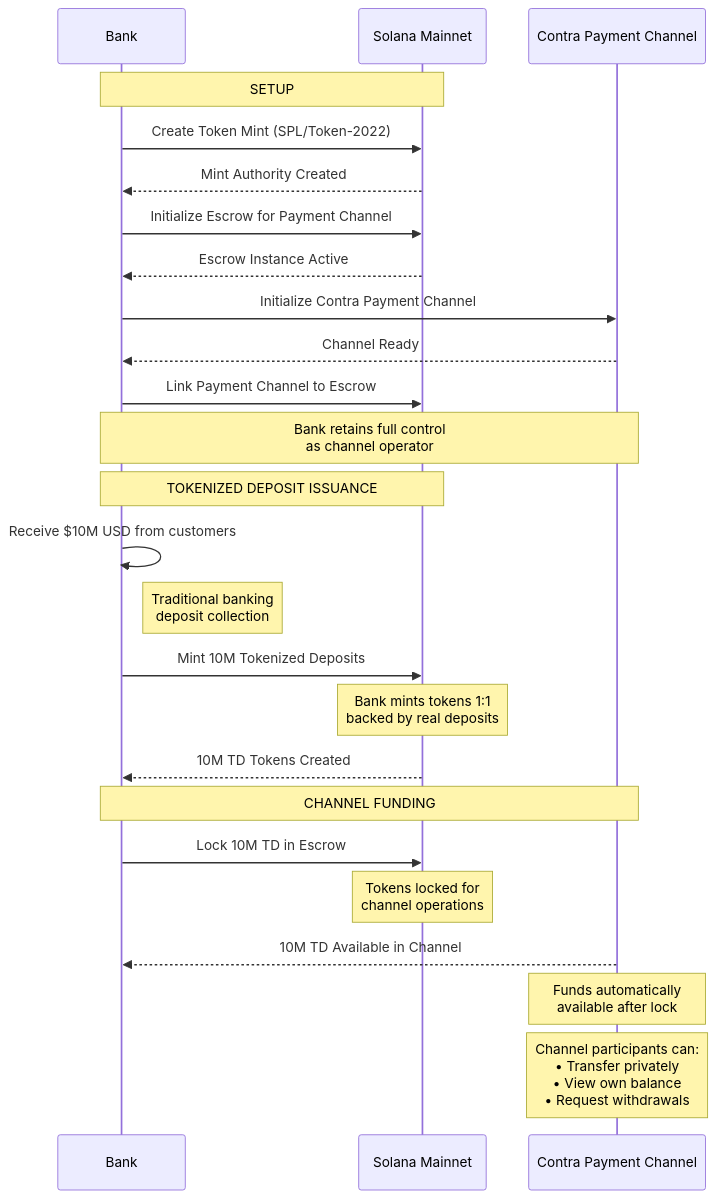
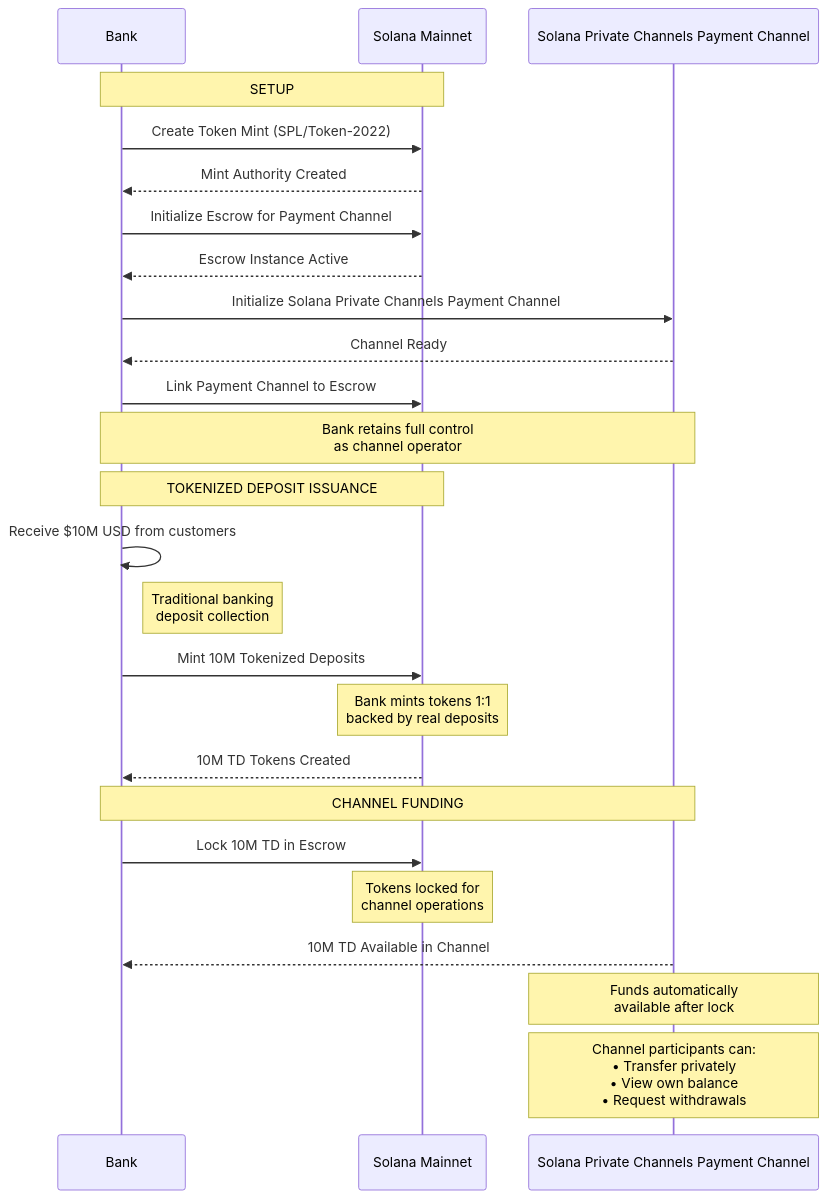
One commit to solana-foundation/contra changed the first of 3 diagrams in README.md. Above: the diagram before and after it, drawn with Mermaid. The commit also changed other lines of this file and 624 other files, not shown here.

First line of the commit message:
rename: Contra → Solana Private Channels (#112)

````diff
--- a/README.md
+++ b/README.md
@@ -44,39 +44,39 @@
 ```mermaid
 sequenceDiagram
     participant Bank
     participant Mainnet as Solana Mainnet
-    participant Channel as Contra Payment Channel
+    participant Channel as Solana Private Channels Payment Channel
     
     %% Setup Phase
     Note over Bank,Mainnet: SETUP
     Bank->>Mainnet: Create Token Mint (SPL/Token-2022)
     Mainnet-->>Bank: Mint Authority Created
     
     Bank->>Mainnet: Initialize Escrow for Payment Channel
     Mainnet-->>Bank: Escrow Instance Active
     
-    Bank->>Channel: Initialize Contra Payment Channel
+    Bank->>Channel: Initialize Solana Private Channels Payment Channel
     Channel-->>Bank: Channel Ready
     
     Bank->>Mainnet: Link Payment Channel to Escrow
     Note over Bank,Channel: Bank retains full control<br/>as channel operator
     
     %% Issuance Phase
     Note over Bank,Mainnet: TOKENIZED DEPOSIT ISSUANCE
     Bank->>Bank: Receive $10M USD from customers
     Note right of Bank: Traditional banking<br/>deposit collection
     
     Bank->>Mainnet: Mint 10M Tokenized Deposits
     Note over Mainnet: Bank mints tokens 1:1<br/>backed by real deposits
     Mainnet-->>Bank: 10M TD Tokens Created
     
     %% Channel Funding
     Note over Bank,Channel: CHANNEL FUNDING
     Bank->>Mainnet: Lock 10M TD in Escrow
     Note over Mainnet: Tokens locked for<br/>channel operations
     
     Channel-->>Bank: 10M TD Available in Channel
     Note over Channel: Funds automatically<br/>available after lock
     
     Note over Channel: Channel participants can:<br/>• Transfer privately<br/>• View own balance<br/>• Request withdrawals
 ```
````
